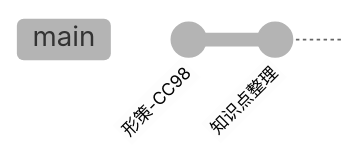
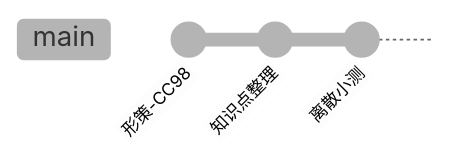
Before and after one commit to Stu-young-dent/FinalExam_24-25: the diagram in README.md, drawn with Mermaid (neutral theme).

Commit message:
Update README.md
更新了README的路线图

````diff
--- a/README.md
+++ b/README.md
@@ -7,5 +7,6 @@
  ```mermaid
 gitGraph
   commit id: "形策-CC98"
   commit id: "知识点整理"
+  commit id: "离散小测"
 ```
````
